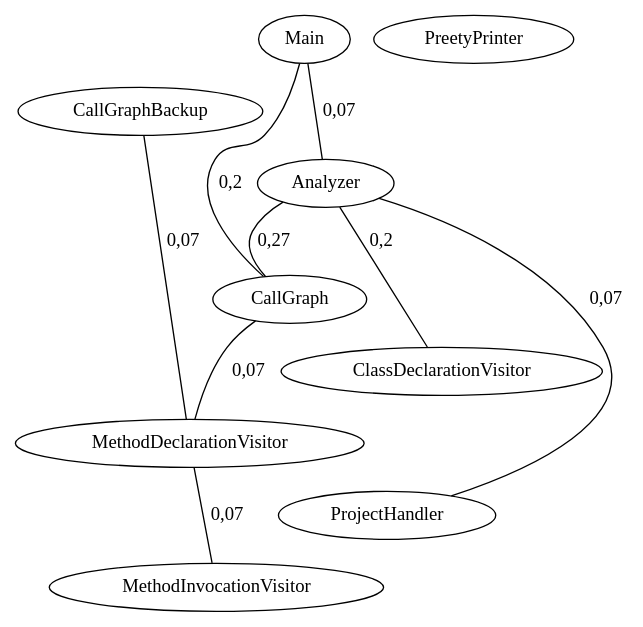
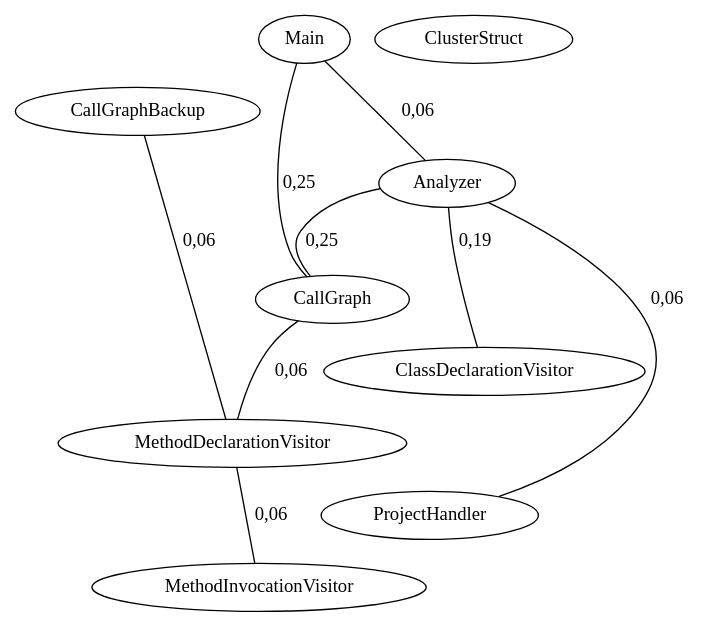
The diagram in Graphes/g.dot (Sebato/TP2_Couplage_V2), drawn with Graphviz before and after one commit. The commit also changed 3 other files, not shown here.

```diff
--- a/Graphes/g.dot
+++ b/Graphes/g.dot
@@ -1,19 +1,19 @@
 strict graph G {
   CallGraph;
+  ClusterStruct;
   MethodInvocationVisitor;
-  PreetyPrinter;
   ClassDeclarationVisitor;
   Analyzer;
   ProjectHandler;
   MethodDeclarationVisitor;
   CallGraphBackup;
   Main;
-  CallGraph -- MethodDeclarationVisitor [ weight="0.06666666666666667" label="0,07" ];
-  Analyzer -- CallGraph [ weight="0.26666666666666666" label="0,27" ];
-  Analyzer -- ProjectHandler [ weight="0.06666666666666667" label="0,07" ];
-  Analyzer -- ClassDeclarationVisitor [ weight="0.2" label="0,2" ];
-  MethodDeclarationVisitor -- MethodInvocationVisitor [ weight="0.06666666666666667" label="0,07" ];
-  CallGraphBackup -- MethodDeclarationVisitor [ weight="0.06666666666666667" label="0,07" ];
-  Main -- CallGraph [ weight="0.2" label="0,2" ];
-  Main -- Analyzer [ weight="0.06666666666666667" label="0,07" ];
+  CallGraph -- MethodDeclarationVisitor [ weight="0.0625" label="0,06" ];
+  Analyzer -- CallGraph [ weight="0.25" label="0,25" ];
+  Analyzer -- ProjectHandler [ weight="0.0625" label="0,06" ];
+  Analyzer -- ClassDeclarationVisitor [ weight="0.1875" label="0,19" ];
+  MethodDeclarationVisitor -- MethodInvocationVisitor [ weight="0.0625" label="0,06" ];
+  CallGraphBackup -- MethodDeclarationVisitor [ weight="0.0625" label="0,06" ];
+  Main -- CallGraph [ weight="0.25" label="0,25" ];
+  Main -- Analyzer [ weight="0.0625" label="0,06" ];
 }
```
